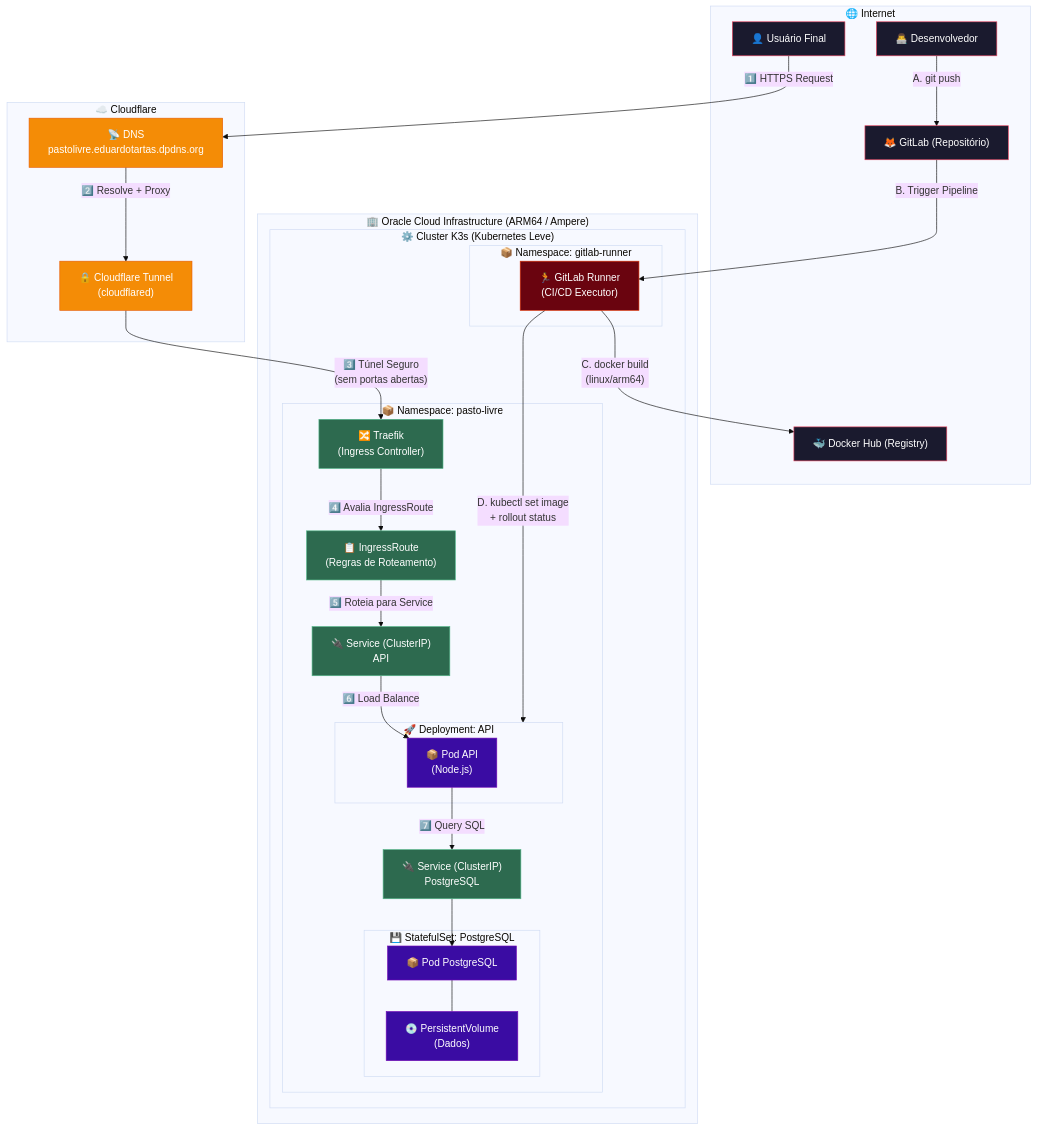
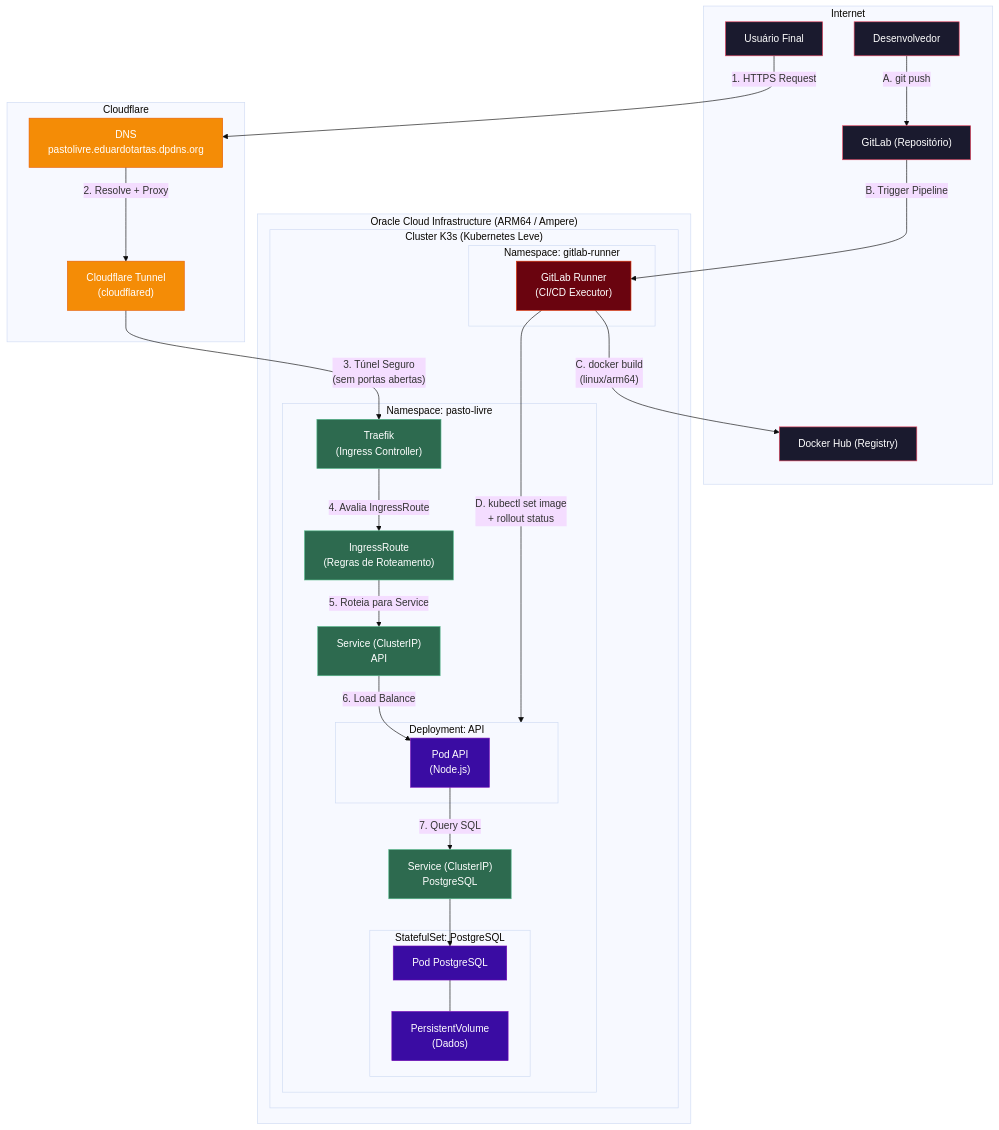
One commit to EduardoTartas/gerenciamento-rural-api changed the first of 4 diagrams in deployment/infrastructure_diagram.md. Above: the diagram before and after it, drawn with Mermaid (base theme). The commit also changed other lines of this file and 3 other files, not shown here.

````diff
--- a/deployment/infrastructure_diagram.md
+++ b/deployment/infrastructure_diagram.md
@@ -5,73 +5,73 @@
 ```mermaid
 flowchart TB
-    subgraph INTERNET["🌐 Internet"]
-        USER["👤 Usuário Final"]
-        DEV["👨‍💻 Desenvolvedor"]
-        GITLAB["🦊 GitLab (Repositório)"]
-        DOCKERHUB["🐳 Docker Hub (Registry)"]
+    subgraph INTERNET["Internet"]
+        USER["Usuário Final"]
+        DEV["Desenvolvedor"]
+        GITLAB["GitLab (Repositório)"]
+        DOCKERHUB["Docker Hub (Registry)"]
     end
 
-    subgraph CLOUDFLARE["☁️ Cloudflare"]
-        DNS["📡 DNS\npastolivre.eduardotartas.dpdns.org"]
-        TUNNEL["🔒 Cloudflare Tunnel\n(cloudflared)"]
+    subgraph CLOUDFLARE["Cloudflare"]
+        DNS["DNS\npastolivre.eduardotartas.dpdns.org"]
+        TUNNEL["Cloudflare Tunnel\n(cloudflared)"]
     end
 
-    subgraph OCI["🏢 Oracle Cloud Infrastructure (ARM64 / Ampere)"]
-        subgraph K3S["⚙️ Cluster K3s (Kubernetes Leve)"]
+    subgraph OCI["Oracle Cloud Infrastructure (ARM64 / Ampere)"]
+        subgraph K3S["Cluster K3s (Kubernetes Leve)"]
 
-            subgraph NS_PL["📦 Namespace: pasto-livre"]
-                TRAEFIK["🔀 Traefik\n(Ingress Controller)"]
-                INGRESS["📋 IngressRoute\n(Regras de Roteamento)"]
-                SVC_API["🔌 Service (ClusterIP)\nAPI"]
-                SVC_DB["🔌 Service (ClusterIP)\nPostgreSQL"]
+            subgraph NS_PL["Namespace: pasto-livre"]
+                TRAEFIK["Traefik\n(Ingress Controller)"]
+                INGRESS["IngressRoute\n(Regras de Roteamento)"]
+                SVC_API["Service (ClusterIP)\nAPI"]
+                SVC_DB["Service (ClusterIP)\nPostgreSQL"]
 
-                subgraph DEPLOY_API["🚀 Deployment: API"]
-                    POD_API1["📦 Pod API\n(Node.js)"]
+                subgraph DEPLOY_API["Deployment: API"]
+                    POD_API1["Pod API\n(Node.js)"]
                 end
 
-                subgraph DEPLOY_DB["💾 StatefulSet: PostgreSQL"]
-                    POD_DB["📦 Pod PostgreSQL"]
-                    PV["💿 PersistentVolume\n(Dados)"]
+                subgraph DEPLOY_DB["StatefulSet: PostgreSQL"]
+                    POD_DB["Pod PostgreSQL"]
+                    PV["PersistentVolume\n(Dados)"]
                 end
             end
 
-            subgraph NS_RUNNER["📦 Namespace: gitlab-runner"]
-                RUNNER["🏃 GitLab Runner\n(CI/CD Executor)"]
+            subgraph NS_RUNNER["Namespace: gitlab-runner"]
+                RUNNER["GitLab Runner\n(CI/CD Executor)"]
             end
         end
     end
 
     %% ===== FLUXO DE REQUISIÇÃO (Usuário → API) =====
-    USER -->|"1️⃣ HTTPS Request"| DNS
-    DNS -->|"2️⃣ Resolve + Proxy"| TUNNEL
-    TUNNEL -->|"3️⃣ Túnel Seguro\n(sem portas abertas)"| TRAEFIK
-    TRAEFIK -->|"4️⃣ Avalia IngressRoute"| INGRESS
-    INGRESS -->|"5️⃣ Roteia para Service"| SVC_API
-    SVC_API -->|"6️⃣ Load Balance"| POD_API1
-    POD_API1 -->|"7️⃣ Query SQL"| SVC_DB
+    USER -->|"1. HTTPS Request"| DNS
+    DNS -->|"2. Resolve + Proxy"| TUNNEL
+    TUNNEL -->|"3. Túnel Seguro\n(sem portas abertas)"| TRAEFIK
+    TRAEFIK -->|"4. Avalia IngressRoute"| INGRESS
+    INGRESS -->|"5. Roteia para Service"| SVC_API
+    SVC_API -->|"6. Load Balance"| POD_API1
+    POD_API1 -->|"7. Query SQL"| SVC_DB
     SVC_DB --> POD_DB
     POD_DB --- PV
 
     %% ===== FLUXO DE CI/CD (Deploy Automatizado) =====
     DEV -->|"A. git push"| GITLAB
     GITLAB -->|"B. Trigger Pipeline"| RUNNER
     RUNNER -->|"C. docker build\n(linux/arm64)"| DOCKERHUB
     RUNNER -->|"D. kubectl set image\n+ rollout status"| DEPLOY_API
 
     %% Estilos
     classDef internet fill:#1a1a2e,stroke:#e94560,color:#fff
     classDef cloudflare fill:#f48c06,stroke:#e85d04,color:#fff
     classDef oci fill:#0f3460,stroke:#16213e,color:#fff
     classDef k3s fill:#1a1a40,stroke:#533483,color:#fff
     classDef namespace fill:#1e3a5f,stroke:#4cc9f0,color:#fff
     classDef service fill:#2d6a4f,stroke:#52b788,color:#fff
     classDef pod fill:#3a0ca3,stroke:#7209b7,color:#fff
     classDef runner fill:#6a040f,stroke:#dc2f02,color:#fff
 
     class USER,DEV,GITLAB,DOCKERHUB internet
     class DNS,TUNNEL cloudflare
     class TRAEFIK,INGRESS service
     class SVC_API,SVC_DB service
     class POD_API1,POD_DB,PV pod
     class RUNNER runner
 ```
````
